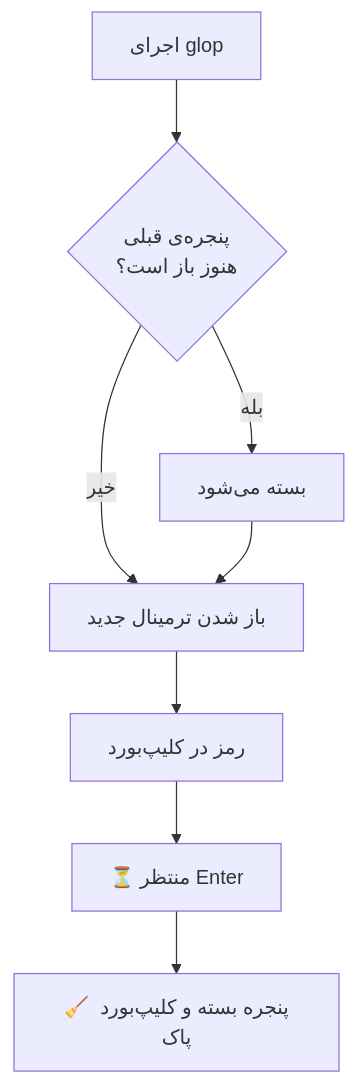
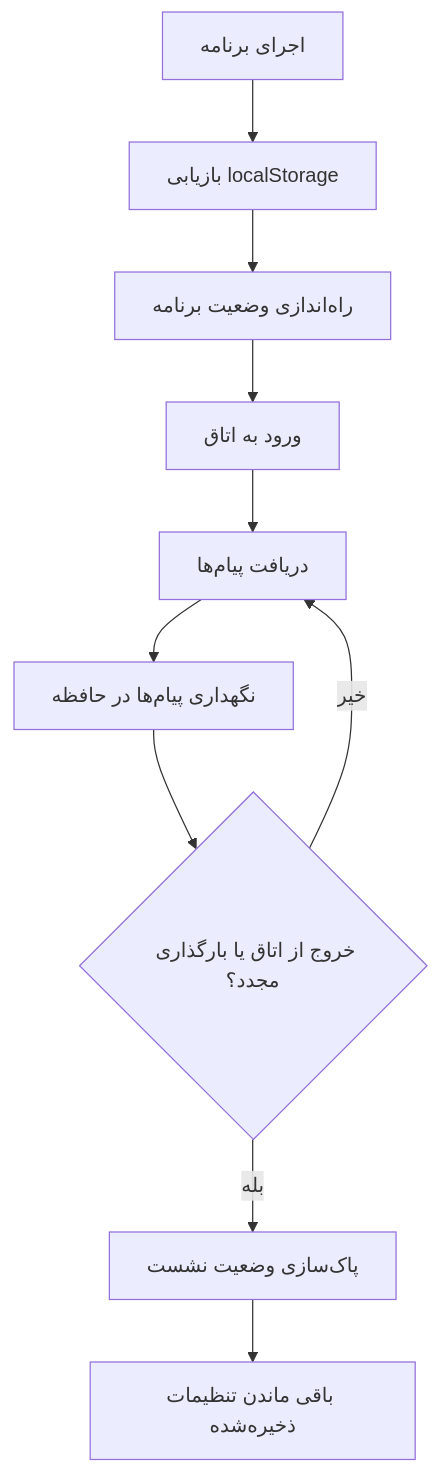
The sixth of 6 diagrams in README.md (GoldenIsland00/loplop), drawn with Mermaid before and after one commit. The commit also changed other lines of this file, not shown here.

````diff
--- a/README.md
+++ b/README.md
@@ -139,10 +689,12 @@
 ```mermaid
 flowchart TD
-    G["اجرای glop"] --> K{"پنجره‌ی قبلی<br/>هنوز باز است؟"}
-    K -- بله --> X["بسته می‌شود"]
-    K -- خیر --> T
-    X --> T["باز شدن ترمینال جدید"]
-    T --> P["رمز در کلیپ‌بورد"]
-    P --> W["⏳ منتظر Enter"]
-    W --> Z["🧹 پنجره بسته و کلیپ‌بورد پاک"]
+    A["اجرای برنامه"] --> B["بازیابی localStorage"]
+    B --> C["راه‌اندازی وضعیت برنامه"]
+    C --> D["ورود به اتاق"]
+    D --> E["دریافت پیام‌ها"]
+    E --> F["نگهداری پیام‌ها در حافظه"]
+    F --> G{"خروج از اتاق یا بارگذاری مجدد؟"}
+    G -->|خیر| E
+    G -->|بله| H["پاک‌سازی وضعیت نشست"]
+    H --> I["باقی ماندن تنظیمات ذخیره‌شده"]
 ```
````
